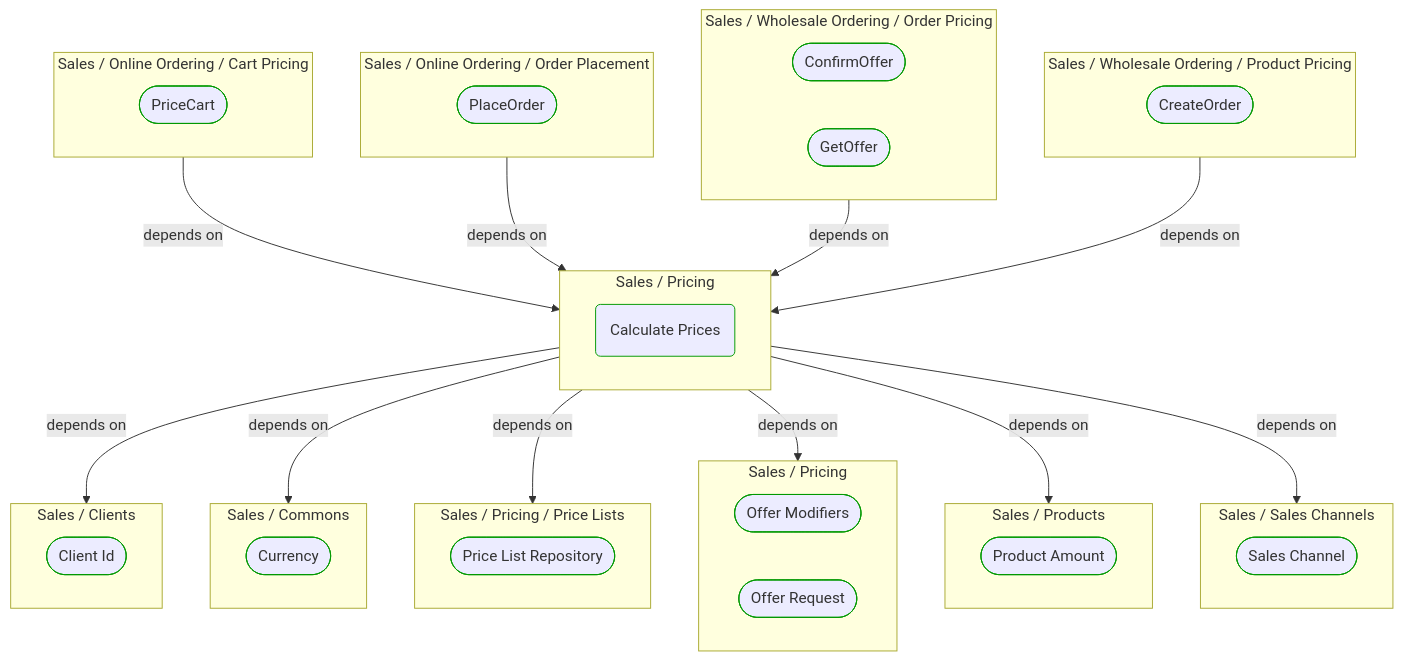
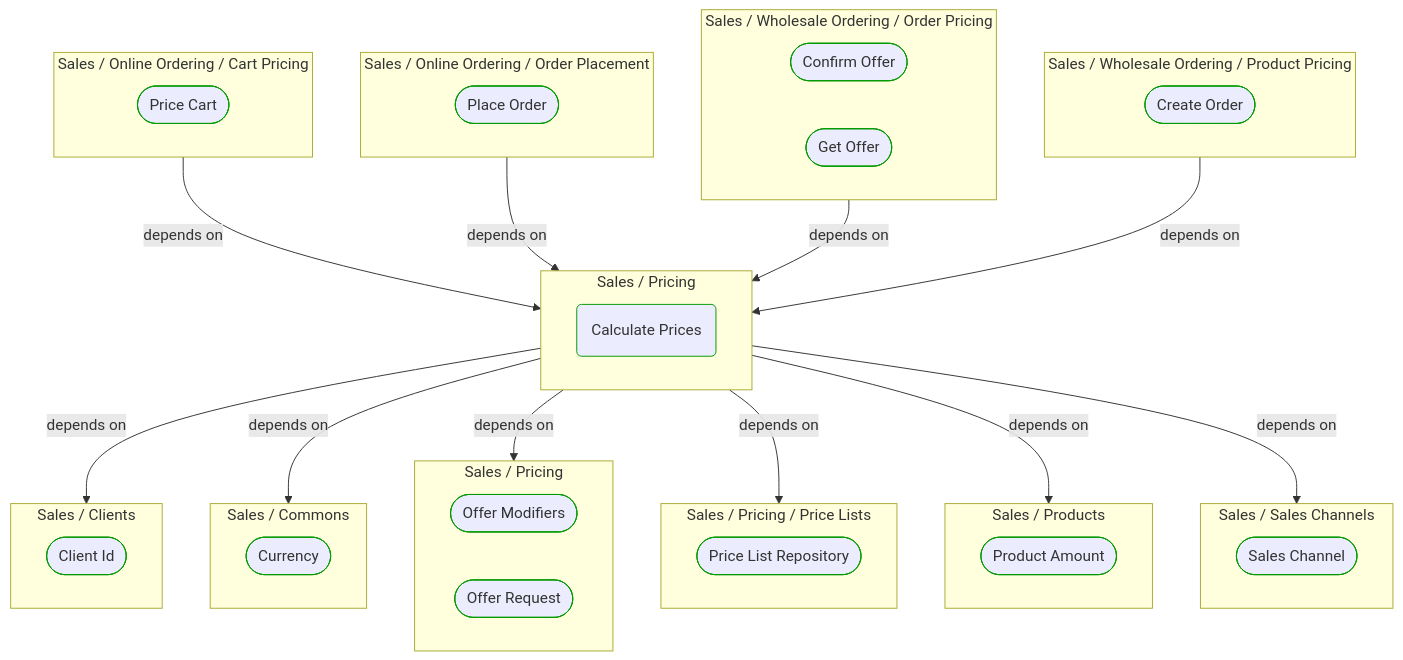
Before and after one commit to itlibrium/DDD-starter-dotnet: the first of 2 diagrams in Docs/P3/MermaidOutput/Domain/Concepts/Sales/Pricing/CalculatePrices.md, drawn with Mermaid. The commit also changed other lines of this file and 51 other files, not shown here.

````diff
--- a/Docs/P3/MermaidOutput/Domain/Concepts/Sales/Pricing/CalculatePrices.md
+++ b/Docs/P3/MermaidOutput/Domain/Concepts/Sales/Pricing/CalculatePrices.md
@@ -20,64 +20,64 @@
 ```mermaid
   flowchart TB
     subgraph 0["Sales / Online Ordering / Cart Pricing"]
-      1([PriceCart])
+      1([Price Cart])
       class 1 DomainPerspective
     end
     subgraph 2["Sales / Online Ordering / Order Placement"]
-      3([PlaceOrder])
+      3([Place Order])
       class 3 DomainPerspective
     end
     subgraph 4["Sales / Wholesale Ordering / Order Pricing"]
-      5([ConfirmOffer])
+      5([Confirm Offer])
       class 5 DomainPerspective
-      6([GetOffer])
+      6([Get Offer])
       class 6 DomainPerspective
     end
     subgraph 7["Sales / Wholesale Ordering / Product Pricing"]
-      8([CreateOrder])
+      8([Create Order])
       class 8 DomainPerspective
     end
     subgraph 9["Sales / Pricing"]
       10(Calculate Prices)
       class 10 DomainPerspective
     end
     subgraph 11["Sales / Clients"]
       12([Client Id])
       class 12 DomainPerspective
     end
     subgraph 13["Sales / Commons"]
       14([Currency])
       class 14 DomainPerspective
     end
-    subgraph 15["Sales / Pricing / Price Lists"]
-      16([Price List Repository])
+    subgraph 15["Sales / Pricing"]
+      16([Offer Modifiers])
       class 16 DomainPerspective
+      17([Offer Request])
+      class 17 DomainPerspective
     end
-    subgraph 17["Sales / Pricing"]
-      18([Offer Modifiers])
-      class 18 DomainPerspective
-      19([Offer Request])
+    subgraph 18["Sales / Pricing / Price Lists"]
+      19([Price List Repository])
       class 19 DomainPerspective
     end
     subgraph 20["Sales / Products"]
       21([Product Amount])
       class 21 DomainPerspective
     end
     subgraph 22["Sales / Sales Channels"]
       23([Sales Channel])
       class 23 DomainPerspective
     end
     0-->|depends on|9
     2-->|depends on|9
     4-->|depends on|9
     7-->|depends on|9
     9-->|depends on|11
     9-->|depends on|13
     9-->|depends on|15
-    9-->|depends on|17
+    9-->|depends on|18
     9-->|depends on|20
     9-->|depends on|22
     classDef DomainPerspective stroke:#009900
     classDef TechnologyPerspective stroke:#1F41EB
     classDef PeoplePerspective stroke:#FFF014
 ```
````
